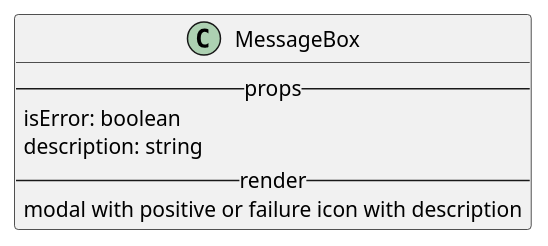
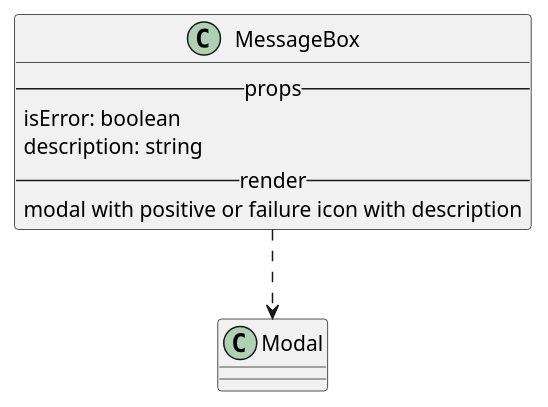
The diagram in react/custom/messageBox.iuml (M9k/Marvin-Uml), drawn with PlantUML before and after one commit. The commit also changed 5 other files, not shown here.

```diff
--- a/react/custom/messageBox.iuml
+++ b/react/custom/messageBox.iuml
@@ -1,7 +1,9 @@
 class MessageBox {
     --props--
        isError: boolean
        description: string
     --render--
     modal with positive or failure icon with description
 }
+
+MessageBox ..> Modal
```
